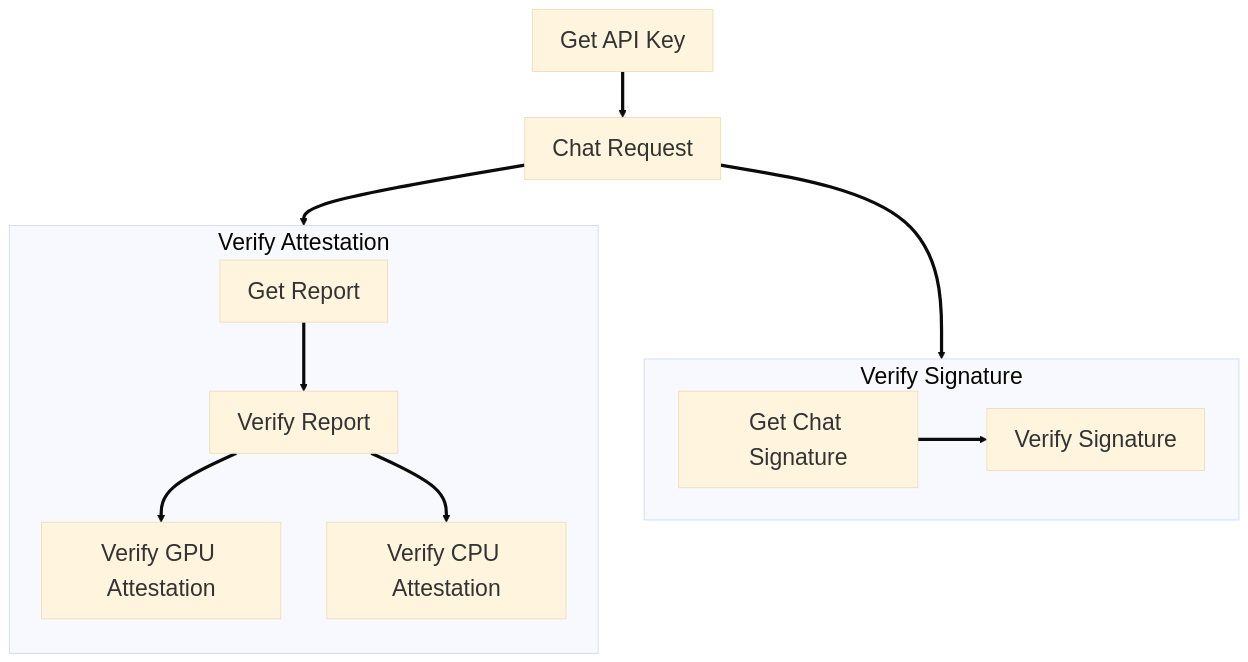
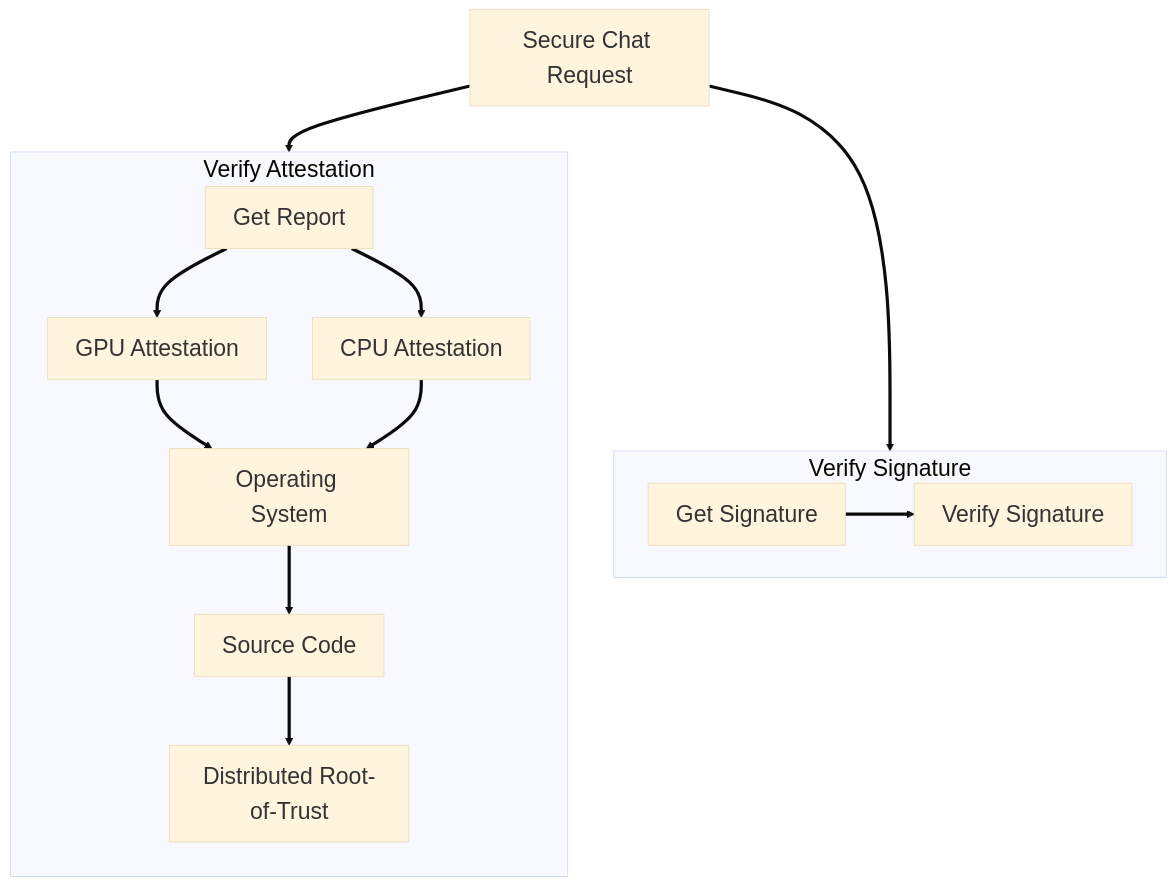
The diagram in phala-cloud/confidential-ai/confidential-model/confidential-ai-api.mdx (Phala-Network/phala-docs), drawn with Mermaid before and after one commit. The commit also changed other lines of this file and 9 other files, not shown here.

````diff
--- a/phala-cloud/confidential-ai/confidential-model/confidential-ai-api.mdx
+++ b/phala-cloud/confidential-ai/confidential-model/confidential-ai-api.mdx
@@ -18,16 +120,19 @@
 ```mermaid
 %%{init: {'theme': 'base', 'themeVariables': { 'fontSize': '25px', 'fontFamily': 'arial', 'lineWidth': '3px' }}}%%
 flowchart TD
   subgraph Attestation [Verify Attestation]
     direction TB
-    A1[Get Report] ==> A2[Verify Report]
-    A2 ==> A31[Verify GPU Attestation]
-    A2 ==> A32[Verify CPU Attestation]
+    A1[Get Report]
+    A1 ==> A21[GPU Attestation]
+    A1 ==> A22[CPU Attestation]
+    A21 ==> A3[Operating System]
+    A22 ==> A3
+    A3 ==> A4[Source Code]
+    A4 ==> A5[Distributed Root-of-Trust]
   end
   subgraph Signature [Verify Signature]
-    S1[Get Chat Signature] ==> S2[Verify Signature]
+    S1[Get Signature] ==> S2[Verify Signature]
   end
-  APIKey[Get API Key] ==> Request[Chat Request]
-  Request ==> Attestation
+  Request[Secure Chat Request] ==> Attestation
   Request ==> Signature
 ```
````
